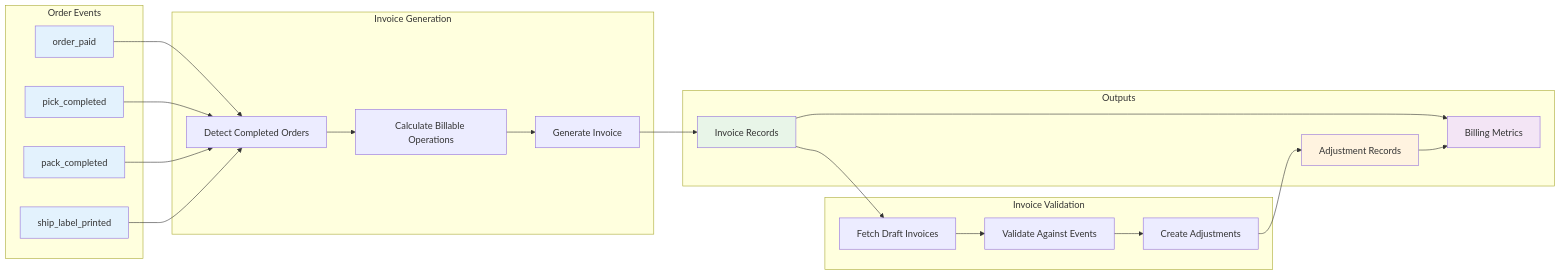
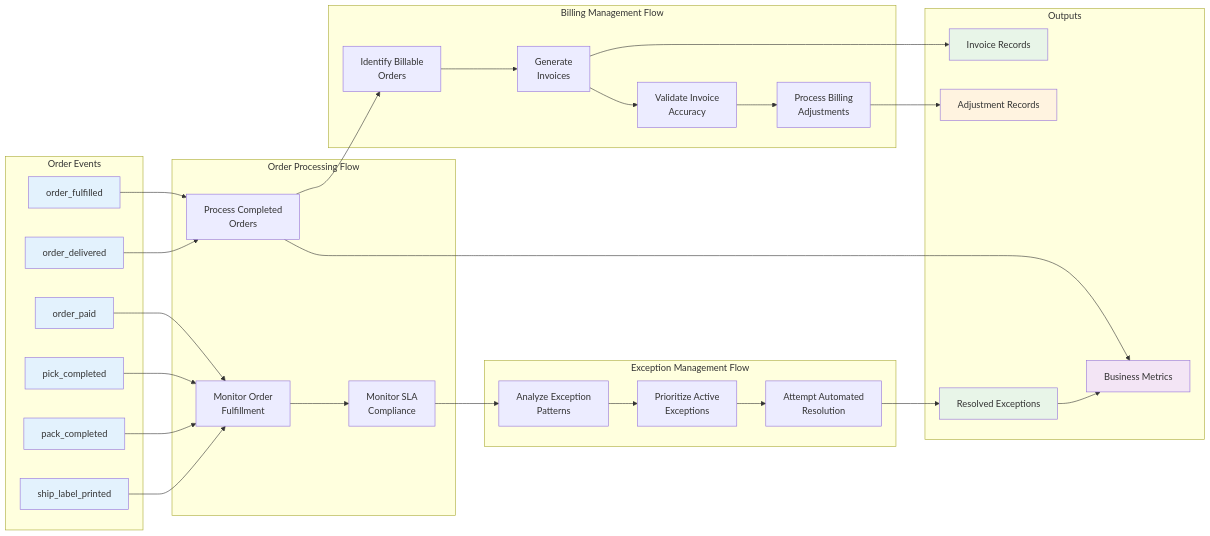
The fourth of 4 diagrams in README.md (chernistry/e2a), drawn with Mermaid before and after one commit. The commit also changed other lines of this file and 1 other file, not shown here.

````diff
--- a/README.md
+++ b/README.md
@@ -262,52 +294,72 @@
 ```mermaid
 flowchart LR
     subgraph "Order Events"
         E1[order_paid]
         E2[pick_completed]
         E3[pack_completed]
         E4[ship_label_printed]
+        E5[order_fulfilled]
+        E6[order_delivered]
     end
     
-    subgraph "Invoice Generation"
-        DETECT[Detect Completed Orders]
-        CALC[Calculate Billable Operations]
-        GEN[Generate Invoice]
+    subgraph "Order Processing Flow"
+        MONITOR[Monitor Order<br/>Fulfillment]
+        COMPLETE[Process Completed<br/>Orders]
+        SLA_CHECK[Monitor SLA<br/>Compliance]
     end
     
-    subgraph "Invoice Validation"
-        FETCH[Fetch Draft Invoices]
-        VALIDATE[Validate Against Events]
-        ADJUST[Create Adjustments]
+    subgraph "Exception Management Flow"
+        ANALYZE[Analyze Exception<br/>Patterns]
+        PRIORITIZE[Prioritize Active<br/>Exceptions]
+        AUTO_RESOLVE[Attempt Automated<br/>Resolution]
+    end
+    
+    subgraph "Billing Management Flow"
+        IDENTIFY[Identify Billable<br/>Orders]
+        GENERATE[Generate<br/>Invoices]
+        VALIDATE[Validate Invoice<br/>Accuracy]
+        ADJUST[Process Billing<br/>Adjustments]
     end
     
     subgraph "Outputs"
-        INV[Invoice Records]
-        ADJ[Adjustment Records]
-        METRICS[Billing Metrics]
+        INVOICES[Invoice Records]
+        ADJUSTMENTS[Adjustment Records]
+        RESOLVED[Resolved Exceptions]
+        METRICS[Business Metrics]
     end
     
-    E1 --> DETECT
-    E2 --> DETECT
-    E3 --> DETECT
-    E4 --> DETECT
+    E1 --> MONITOR
+    E2 --> MONITOR
+    E3 --> MONITOR
+    E4 --> MONITOR
+    E5 --> COMPLETE
+    E6 --> COMPLETE
     
-    DETECT --> CALC
-    CALC --> GEN
-    GEN --> INV
+    MONITOR --> SLA_CHECK
+    COMPLETE --> IDENTIFY
     
-    INV --> FETCH
-    FETCH --> VALIDATE
+    SLA_CHECK --> ANALYZE
+    ANALYZE --> PRIORITIZE
+    PRIORITIZE --> AUTO_RESOLVE
+    AUTO_RESOLVE --> RESOLVED
+    
+    IDENTIFY --> GENERATE
+    GENERATE --> VALIDATE
     VALIDATE --> ADJUST
-    ADJUST --> ADJ
     
-    INV --> METRICS
-    ADJ --> METRICS
+    GENERATE --> INVOICES
+    ADJUST --> ADJUSTMENTS
+    COMPLETE --> METRICS
+    RESOLVED --> METRICS
     
     style E1 fill:#e3f2fd
     style E2 fill:#e3f2fd
     style E3 fill:#e3f2fd
     style E4 fill:#e3f2fd
-    style INV fill:#e8f5e8
-    style ADJ fill:#fff3e0
+    style E5 fill:#e3f2fd
+    style E6 fill:#e3f2fd
+    style INVOICES fill:#e8f5e8
+    style ADJUSTMENTS fill:#fff3e0
+    style RESOLVED fill:#e8f5e8
     style METRICS fill:#f3e5f5
 ```
````
